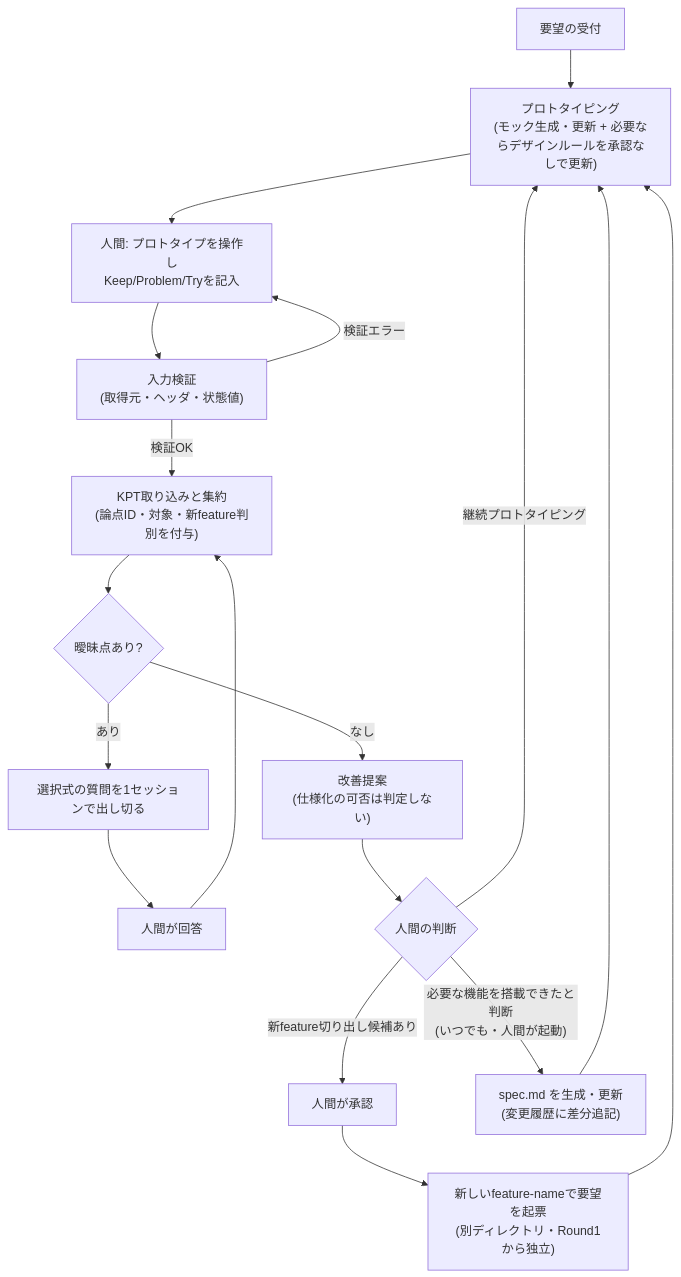
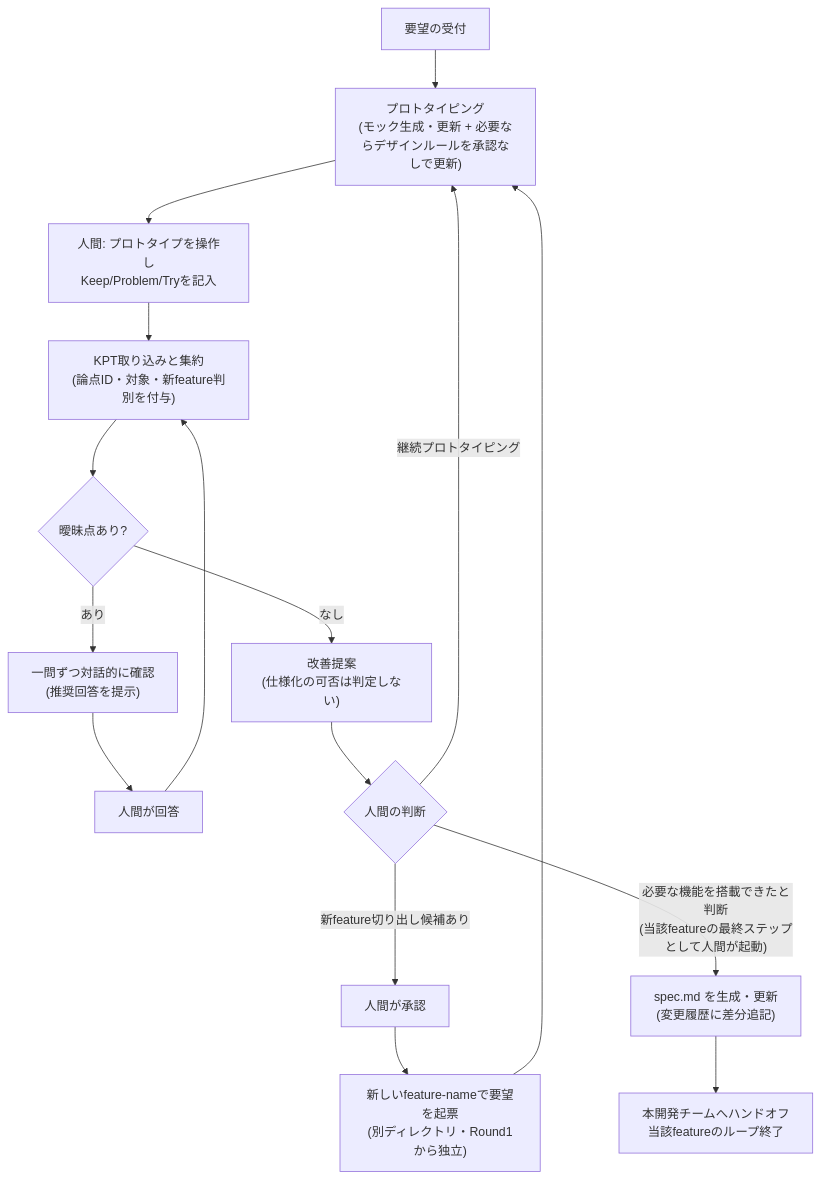
The diagram in docs/process/prototype-driven-flow.md (Aco-Lone/kpt-spec-proposer), drawn with Mermaid before and after one commit. The commit also changed other lines of this file and 11 other files, not shown here.

````diff
--- a/docs/process/prototype-driven-flow.md
+++ b/docs/process/prototype-driven-flow.md
@@ -33,20 +31,18 @@
 ```mermaid
 flowchart TD
     A[要望の受付] --> B["プロトタイピング\n(モック生成・更新 + 必要ならデザインルールを承認なしで更新)"]
     B --> C["人間: プロトタイプを操作し\nKeep/Problem/Tryを記入"]
-    C --> D["入力検証\n(取得元・ヘッダ・状態値)"]
-    D -- 検証エラー --> C
-    D -- 検証OK --> E["KPT取り込みと集約\n(論点ID・対象・新feature判別を付与)"]
+    C --> E["KPT取り込みと集約\n(論点ID・対象・新feature判別を付与)"]
     E --> F{曖昧点あり?}
-    F -- あり --> G["選択式の質問を1セッションで出し切る"]
+    F -- あり --> G["一問ずつ対話的に確認\n(推奨回答を提示)"]
     G --> H["人間が回答"]
     H --> E
     F -- なし --> I["改善提案\n(仕様化の可否は判定しない)"]
     I --> J{人間の判断}
     J -- 継続プロトタイピング --> B
     J -- 新feature切り出し候補あり --> K["人間が承認"]
     K --> L["新しいfeature-nameで要望を起票\n(別ディレクトリ・Round1から独立)"]
     L --> B
-    J -- "必要な機能を搭載できたと判断\n(いつでも・人間が起動)" --> M["spec.md を生成・更新\n(変更履歴に差分追記)"]
-    M --> B
+    J -- "必要な機能を搭載できたと判断\n(当該featureの最終ステップとして人間が起動)" --> M["spec.md を生成・更新\n(変更履歴に差分追記)"]
+    M --> N["本開発チームへハンドオフ\n当該featureのループ終了"]
 ```
````
